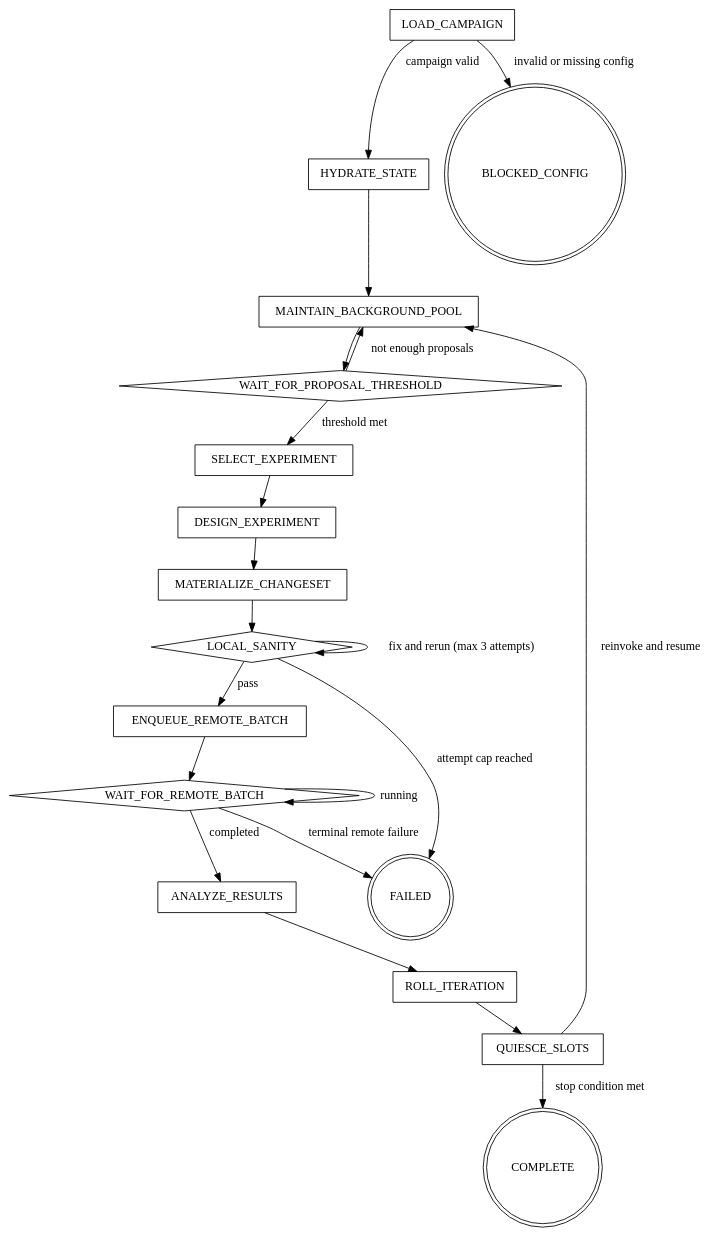
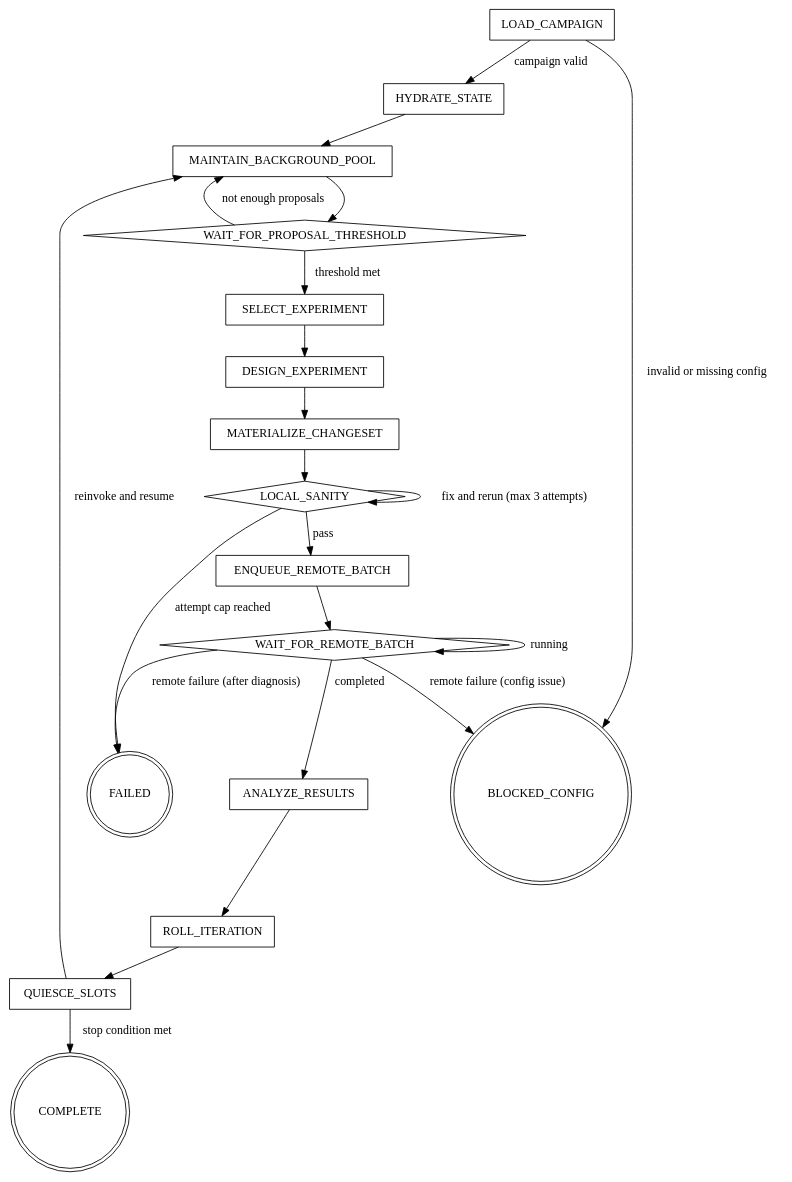
Before and after one commit to jc1122/ml-metaoptimization: the diagram in SKILL.md, drawn with Graphviz. The commit also changed other lines of this file and 4 other files, not shown here.

First line of the commit message:
Harden orchestrator workflow: remediation flow, remote failure diagnosis, conflict resolution, expanded selected_experiment

````diff
--- a/SKILL.md
+++ b/SKILL.md
@@ -132,41 +132,42 @@
 ```dot
 digraph machine {
     "LOAD_CAMPAIGN" [shape=box];
     "HYDRATE_STATE" [shape=box];
     "MAINTAIN_BACKGROUND_POOL" [shape=box];
     "WAIT_FOR_PROPOSAL_THRESHOLD" [shape=diamond];
     "SELECT_EXPERIMENT" [shape=box];
     "DESIGN_EXPERIMENT" [shape=box];
     "MATERIALIZE_CHANGESET" [shape=box];
     "LOCAL_SANITY" [shape=diamond];
     "ENQUEUE_REMOTE_BATCH" [shape=box];
     "WAIT_FOR_REMOTE_BATCH" [shape=diamond];
     "ANALYZE_RESULTS" [shape=box];
     "ROLL_ITERATION" [shape=box];
     "QUIESCE_SLOTS" [shape=box];
     "COMPLETE" [shape=doublecircle];
     "BLOCKED_CONFIG" [shape=doublecircle];
     "FAILED" [shape=doublecircle];
 
     "LOAD_CAMPAIGN" -> "BLOCKED_CONFIG" [label="invalid or missing config"];
     "LOAD_CAMPAIGN" -> "HYDRATE_STATE" [label="campaign valid"];
     "HYDRATE_STATE" -> "MAINTAIN_BACKGROUND_POOL";
     "MAINTAIN_BACKGROUND_POOL" -> "WAIT_FOR_PROPOSAL_THRESHOLD";
     "WAIT_FOR_PROPOSAL_THRESHOLD" -> "MAINTAIN_BACKGROUND_POOL" [label="not enough proposals"];
     "WAIT_FOR_PROPOSAL_THRESHOLD" -> "SELECT_EXPERIMENT" [label="threshold met"];
     "SELECT_EXPERIMENT" -> "DESIGN_EXPERIMENT";
     "DESIGN_EXPERIMENT" -> "MATERIALIZE_CHANGESET";
     "MATERIALIZE_CHANGESET" -> "LOCAL_SANITY";
     "LOCAL_SANITY" -> "LOCAL_SANITY" [label="fix and rerun (max 3 attempts)"];
     "LOCAL_SANITY" -> "FAILED" [label="attempt cap reached"];
     "LOCAL_SANITY" -> "ENQUEUE_REMOTE_BATCH" [label="pass"];
     "ENQUEUE_REMOTE_BATCH" -> "WAIT_FOR_REMOTE_BATCH";
     "WAIT_FOR_REMOTE_BATCH" -> "WAIT_FOR_REMOTE_BATCH" [label="running"];
     "WAIT_FOR_REMOTE_BATCH" -> "ANALYZE_RESULTS" [label="completed"];
-    "WAIT_FOR_REMOTE_BATCH" -> "FAILED" [label="terminal remote failure"];
+    "WAIT_FOR_REMOTE_BATCH" -> "FAILED" [label="remote failure (after diagnosis)"];
+    "WAIT_FOR_REMOTE_BATCH" -> "BLOCKED_CONFIG" [label="remote failure (config issue)"];
     "ANALYZE_RESULTS" -> "ROLL_ITERATION";
     "ROLL_ITERATION" -> "QUIESCE_SLOTS";
     "QUIESCE_SLOTS" -> "COMPLETE" [label="stop condition met"];
     "QUIESCE_SLOTS" -> "MAINTAIN_BACKGROUND_POOL" [label="reinvoke and resume"];
 }
 ```
````
